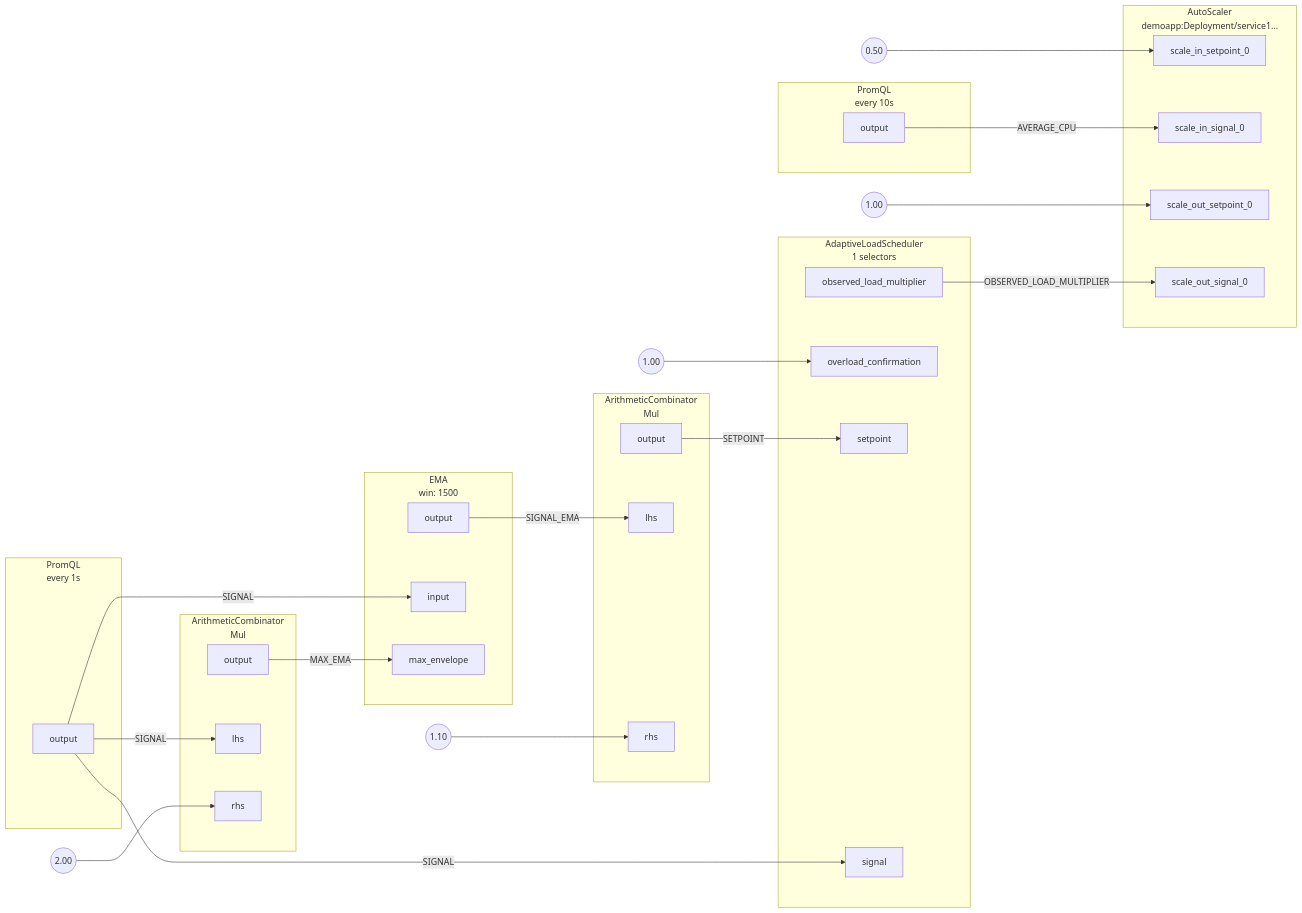
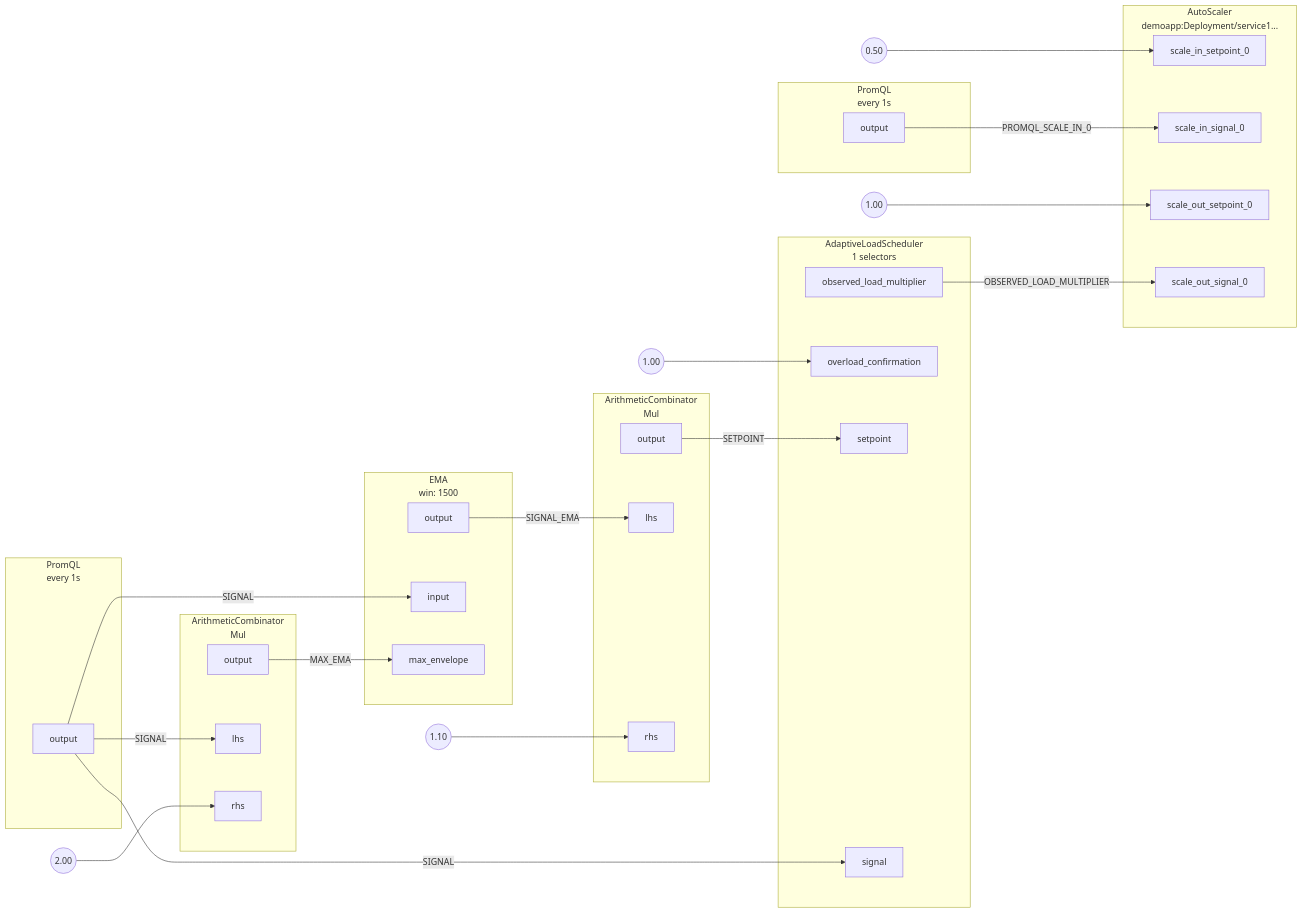
One commit to dataongunlaws/aperture changed the diagram in docs/content/applying-policies/auto-scale/load-based-auto-scaling/assets/graph.mmd. Above: the diagram before and after it, drawn with Mermaid. The commit also changed 49 other files, not shown here.

First line of the commit message:
Blueprints for Load based auto-scaling (#1917)

```diff
--- a/docs/content/applying-policies/auto-scale/load-based-auto-scaling/assets/graph.mmd
+++ b/docs/content/applying-policies/auto-scale/load-based-auto-scaling/assets/graph.mmd
@@ -1,85 +1,85 @@
 flowchart LR
 subgraph root.0[<center>AdaptiveLoadScheduler<br/>1 selectors</center>]
 subgraph root.0_inports[ ]
 style root.0_inports fill:none,stroke:none
 root.0overload_confirmation[overload_confirmation]
 root.0setpoint[setpoint]
 root.0signal[signal]
 end
 subgraph root.0_outports[ ]
 style root.0_outports fill:none,stroke:none
 root.0observed_load_multiplier[observed_load_multiplier]
 end
 end
 root.0_overload_confirmation_FakeConstantout((1.00))
-subgraph root.1[<center>PromQL<br/>every 10s</center>]
+subgraph root.1[<center>PromQL<br/>every 1s</center>]
 subgraph root.1_outports[ ]
 style root.1_outports fill:none,stroke:none
 root.1output[output]
 end
 end
-subgraph root.2[<center>AutoScaler<br/>demoapp:Deployment/service1...</center>]
+subgraph root.2[<center>ArithmeticCombinator<br/>Mul</center>]
 subgraph root.2_inports[ ]
 style root.2_inports fill:none,stroke:none
-root.2scale_in_setpoint_0[scale_in_setpoint_0]
-root.2scale_in_signal_0[scale_in_signal_0]
-root.2scale_out_setpoint_0[scale_out_setpoint_0]
-root.2scale_out_signal_0[scale_out_signal_0]
+root.2lhs[lhs]
+root.2rhs[rhs]
+end
+subgraph root.2_outports[ ]
+style root.2_outports fill:none,stroke:none
+root.2output[output]
 end
 end
-root.2_scale_in_setpoint_0_FakeConstantout((0.50))
-root.2_scale_out_setpoint_0_FakeConstantout((1.00))
-subgraph root.3[<center>PromQL<br/>every 1s</center>]
+root.2_rhs_FakeConstantout((2.00))
+subgraph root.3[<center>EMA<br/>win: 1500</center>]
+subgraph root.3_inports[ ]
+style root.3_inports fill:none,stroke:none
+root.3input[input]
+root.3max_envelope[max_envelope]
+end
 subgraph root.3_outports[ ]
 style root.3_outports fill:none,stroke:none
 root.3output[output]
 end
 end
 subgraph root.4[<center>ArithmeticCombinator<br/>Mul</center>]
 subgraph root.4_inports[ ]
 style root.4_inports fill:none,stroke:none
 root.4lhs[lhs]
 root.4rhs[rhs]
 end
 subgraph root.4_outports[ ]
 style root.4_outports fill:none,stroke:none
 root.4output[output]
 end
 end
-root.4_rhs_FakeConstantout((2.00))
-subgraph root.5[<center>EMA<br/>win: 1500</center>]
+root.4_rhs_FakeConstantout((1.10))
+subgraph root.5[<center>AutoScaler<br/>demoapp:Deployment/service1...</center>]
 subgraph root.5_inports[ ]
 style root.5_inports fill:none,stroke:none
-root.5input[input]
-root.5max_envelope[max_envelope]
-end
-subgraph root.5_outports[ ]
-style root.5_outports fill:none,stroke:none
-root.5output[output]
+root.5scale_in_setpoint_0[scale_in_setpoint_0]
+root.5scale_in_signal_0[scale_in_signal_0]
+root.5scale_out_setpoint_0[scale_out_setpoint_0]
+root.5scale_out_signal_0[scale_out_signal_0]
 end
 end
-subgraph root.6[<center>ArithmeticCombinator<br/>Mul</center>]
-subgraph root.6_inports[ ]
-style root.6_inports fill:none,stroke:none
-root.6lhs[lhs]
-root.6rhs[rhs]
-end
+root.5_scale_in_setpoint_0_FakeConstantout((0.50))
+root.5_scale_out_setpoint_0_FakeConstantout((1.00))
+subgraph root.6[<center>PromQL<br/>every 1s</center>]
 subgraph root.6_outports[ ]
 style root.6_outports fill:none,stroke:none
 root.6output[output]
 end
 end
-root.6_rhs_FakeConstantout((1.10))
-root.0observed_load_multiplier --> |OBSERVED_LOAD_MULTIPLIER| root.2scale_out_signal_0
+root.0observed_load_multiplier --> |OBSERVED_LOAD_MULTIPLIER| root.5scale_out_signal_0
 root.0_overload_confirmation_FakeConstantout --> root.0overload_confirmation
-root.1output --> |AVERAGE_CPU| root.2scale_in_signal_0
-root.2_scale_in_setpoint_0_FakeConstantout --> root.2scale_in_setpoint_0
-root.2_scale_out_setpoint_0_FakeConstantout --> root.2scale_out_setpoint_0
-root.3output --> |SIGNAL| root.0signal
-root.3output --> |SIGNAL| root.4lhs
-root.3output --> |SIGNAL| root.5input
-root.4output --> |MAX_EMA| root.5max_envelope
+root.1output --> |SIGNAL| root.0signal
+root.1output --> |SIGNAL| root.2lhs
+root.1output --> |SIGNAL| root.3input
+root.2output --> |MAX_EMA| root.3max_envelope
+root.2_rhs_FakeConstantout --> root.2rhs
+root.3output --> |SIGNAL_EMA| root.4lhs
+root.4output --> |SETPOINT| root.0setpoint
 root.4_rhs_FakeConstantout --> root.4rhs
-root.5output --> |SIGNAL_EMA| root.6lhs
-root.6output --> |SETPOINT| root.0setpoint
-root.6_rhs_FakeConstantout --> root.6rhs
+root.5_scale_in_setpoint_0_FakeConstantout --> root.5scale_in_setpoint_0
+root.5_scale_out_setpoint_0_FakeConstantout --> root.5scale_out_setpoint_0
+root.6output --> |PROMQL_SCALE_IN_0| root.5scale_in_signal_0
```
